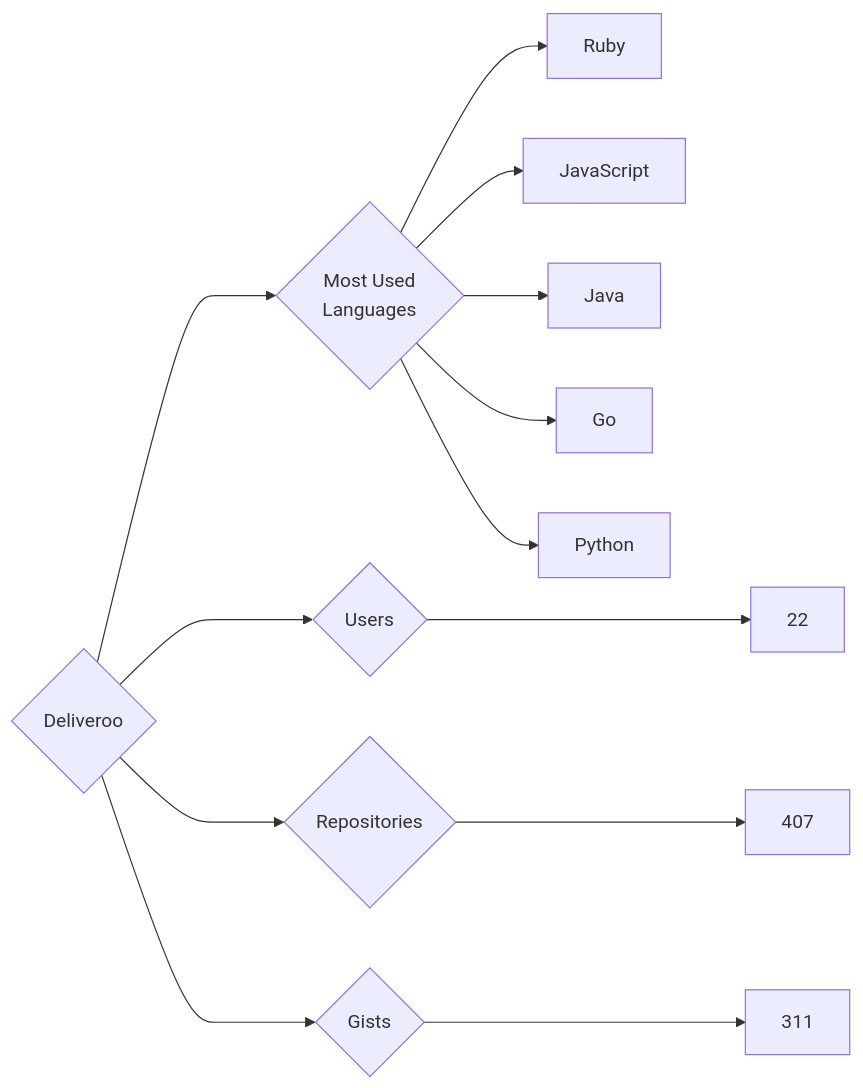
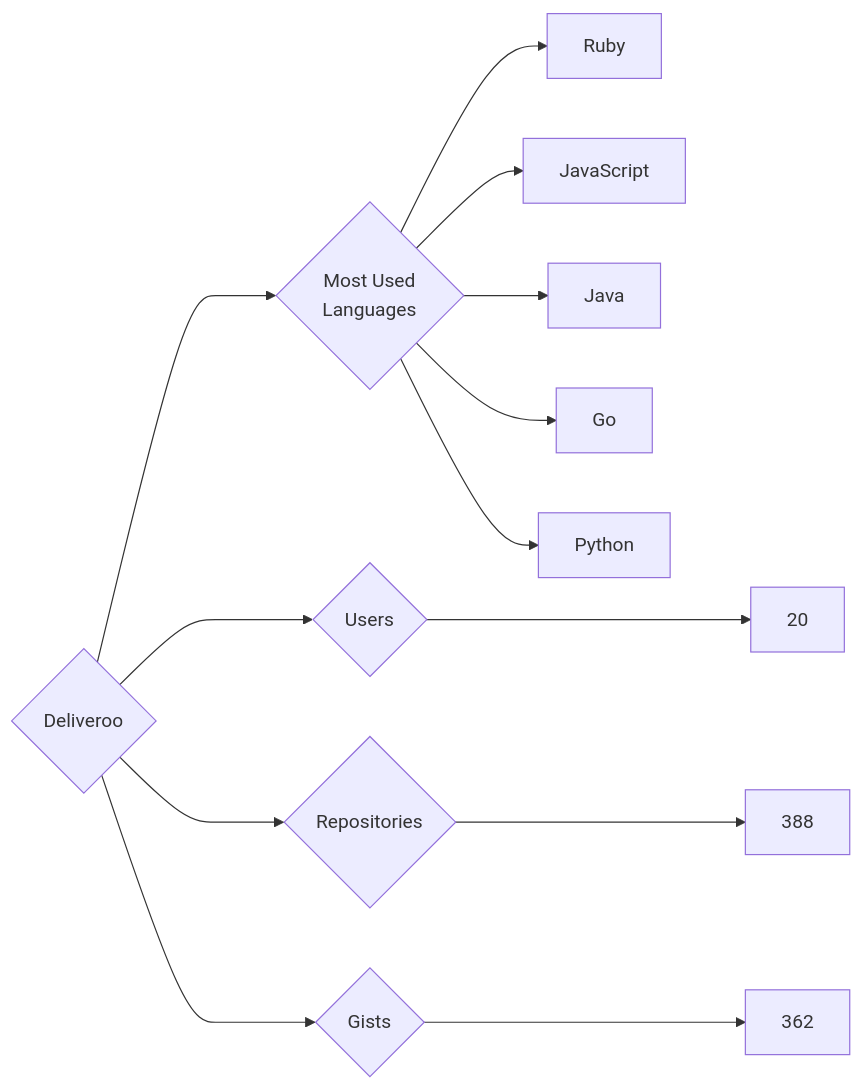
One commit to trickest/insiders changed the diagram in targets/Deliveroo/README.md. Above: the diagram before and after it, drawn with Mermaid. The commit also changed 860 other files, not shown here.

````diff
--- a/targets/Deliveroo/README.md
+++ b/targets/Deliveroo/README.md
@@ -3,13 +3,13 @@
 ```mermaid
 graph LR
 COMPANY_NAME{Deliveroo}
-COMPANY_NAME ---> U{Users} ---> UN[22]
-COMPANY_NAME ---> R{Repositories} ---> RN[407]
-COMPANY_NAME ---> G{Gists} ---> GN[311]
+COMPANY_NAME ---> U{Users} ---> UN[20]
+COMPANY_NAME ---> R{Repositories} ---> RN[388]
+COMPANY_NAME ---> G{Gists} ---> GN[362]
 COMPANY_NAME ---> ML{Most Used<br>Languages}
 ML --> Ruby[Ruby]
 ML --> JavaScript[JavaScript]
 ML --> Java[Java]
 ML --> Go[Go]
 ML --> Python[Python]
 ```
````
